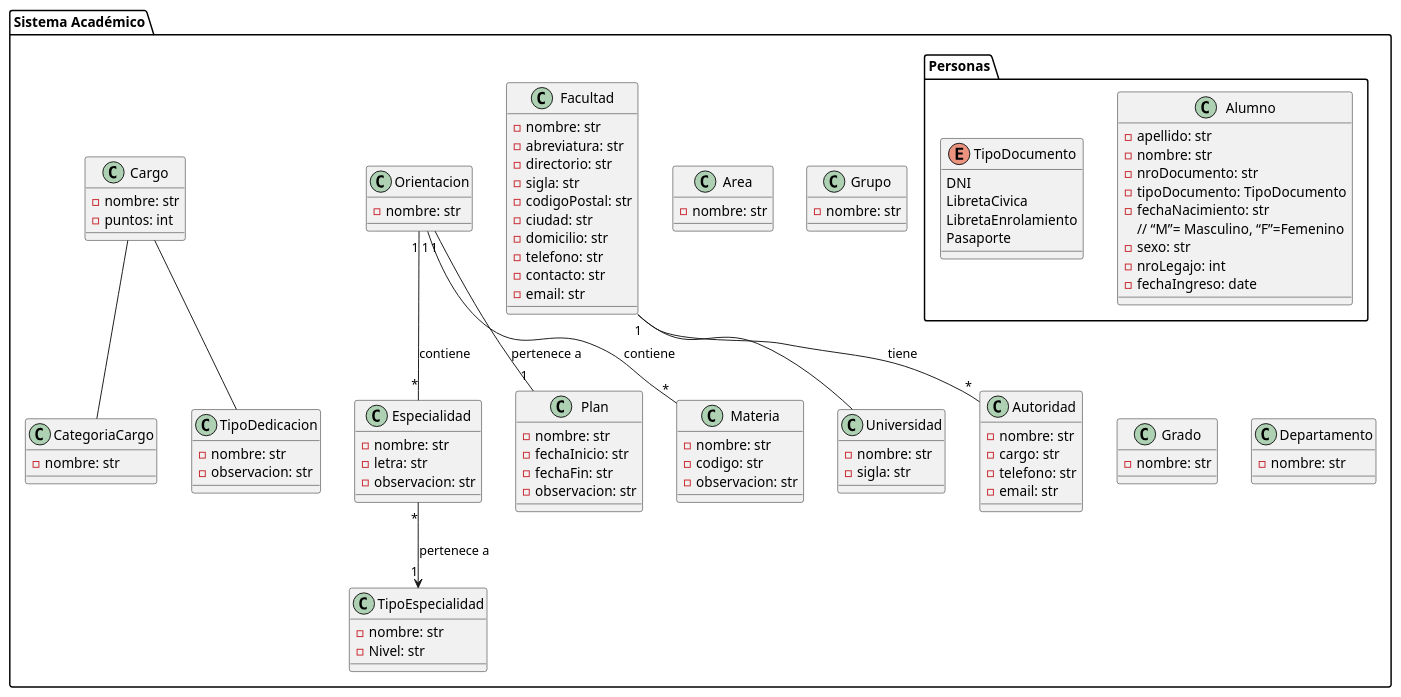
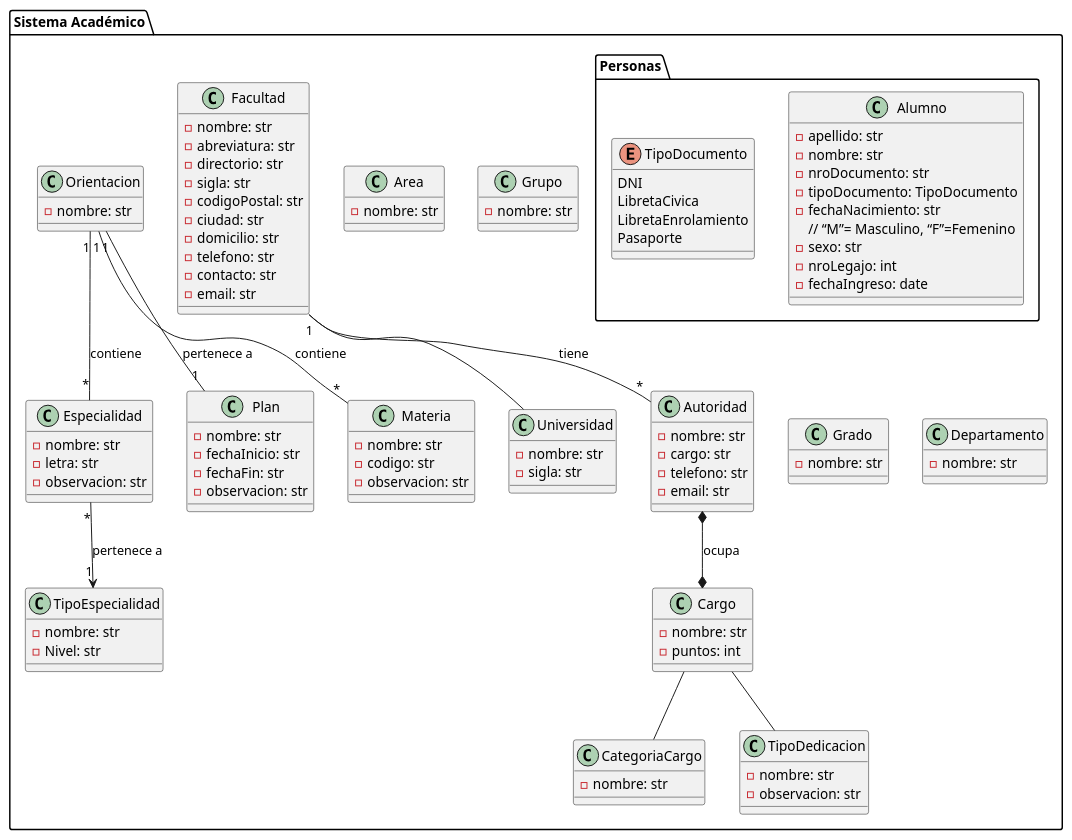
The diagram in app/docs/sysacad_diagrama_de_clases.puml (danaguzman22/SysAcadd), drawn with PlantUML before and after one commit. The commit also changed 324 other files, not shown here.

```diff
--- a/app/docs/sysacad_diagrama_de_clases.puml
+++ b/app/docs/sysacad_diagrama_de_clases.puml
@@ -2,117 +2,118 @@
 @startuml Diagrama de Clases de sysacad
 package "Sistema Académico"{
     package "Personas"{
         class Alumno {
             - apellido: str
             - nombre: str
             - nroDocumento: str
             - tipoDocumento: TipoDocumento
             - fechaNacimiento: str
             // “M”= Masculino, “F”=Femenino
             - sexo: str
             - nroLegajo: int
             - fechaIngreso: date
         }
 
         enum TipoDocumento {
             DNI
             LibretaCivica
             LibretaEnrolamiento
             Pasaporte
         }
     }
 
     class Universidad {
         -nombre: str
         -sigla: str
     }
 
     class Facultad {
         -nombre: str
         -abreviatura: str
         -directorio: str
         -sigla: str
         -codigoPostal: str
         -ciudad: str
         -domicilio: str
         -telefono: str
         -contacto: str
         -email: str
     }
 
     class Autoridad {
         -nombre: str
         -cargo: str
         -telefono: str
         -email: str
     }
 
     class Area {
         - nombre: str
     }
 
     class Especialidad {
         - nombre: str
         - letra: str
         - observacion: str
     }
 
     class TipoEspecialidad {
         - nombre: str
         - Nivel: str
     }
 
     class Grupo {
         - nombre: str
     }
 
     class Plan {
         - nombre: str
         - fechaInicio: str
         - fechaFin: str
         - observacion: str
     }
 
     class Orientacion {
         - nombre: str
     }
 
     class Grado {
         - nombre: str
     }
 
     class Cargo {
         - nombre: str
         - puntos: int
     }
     
     class CategoriaCargo {
         - nombre: str
     } 
    
     class Materia {
         - nombre: str
         - codigo: str
         - observacion: str
     }
 
     class TipoDedicacion {
         - nombre: str
         - observacion: str
     }
 
     class Departamento {
         - nombre: str
     }
 
 
     Orientacion "1" -- "*" Especialidad : contiene
     Orientacion "1" -- "*" Materia : contiene
     Especialidad "*" --> "1" TipoEspecialidad : pertenece a
     Facultad "1" -- "*" Autoridad : tiene
     Facultad -- Universidad
     Cargo -- CategoriaCargo
     Cargo -- TipoDedicacion
     Orientacion "1" -- "1" Plan : pertenece a
+    Autoridad *--* Cargo : ocupa
 }
 @enduml
```
